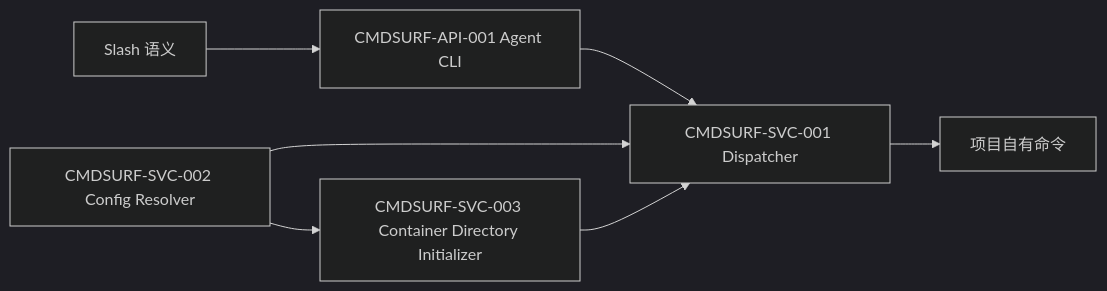
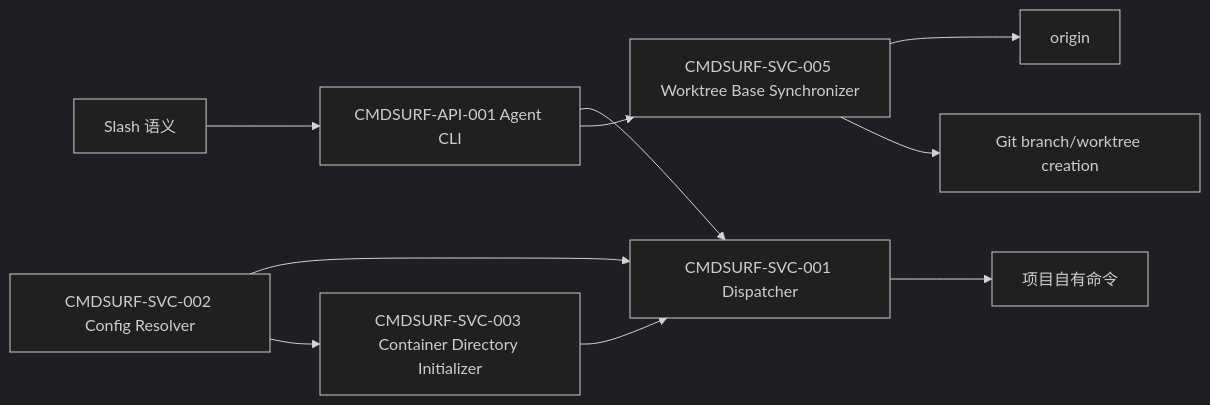
Before and after one commit to hollisyao2024/PromptsEngineering: the diagram in docs/arch-modules/template-command-surface/ARCH.md, drawn with Mermaid (dark theme). The commit also changed other lines of this file and 20 other files, not shown here.

Commit message:
chore: auto-commit before /tdd push (docs/prd-strict-worktree-base-synchronization) (#68)

````diff
--- a/docs/arch-modules/template-command-surface/ARCH.md
+++ b/docs/arch-modules/template-command-surface/ARCH.md
@@ -21,9 +22,12 @@
 ```mermaid
 flowchart LR
   S[Slash 语义] --> CLI[CMDSURF-API-001 Agent CLI]
   CLI --> DISPATCH[CMDSURF-SVC-001 Dispatcher]
   CFG[CMDSURF-SVC-002 Config Resolver] --> DISPATCH
   DIR[CMDSURF-SVC-003 Container Directory Initializer] --> DISPATCH
   CFG --> DIR
   DISPATCH --> CMD[项目自有命令]
+  CLI --> BASE[CMDSURF-SVC-005 Worktree Base Synchronizer]
+  BASE --> ORIGIN[origin]
+  BASE --> WT[Git branch/worktree creation]
 ```
````
